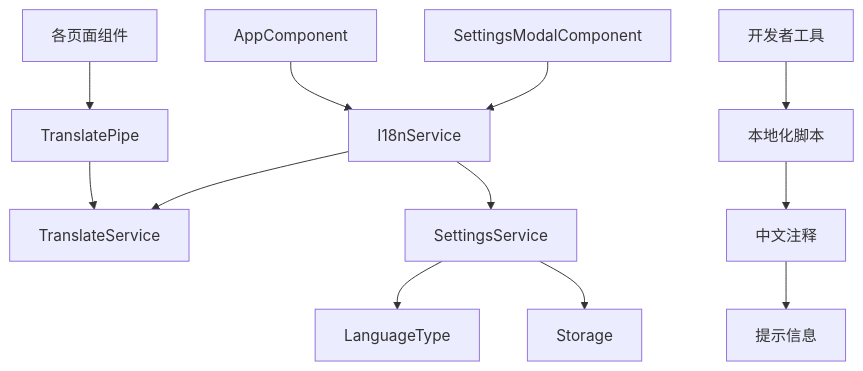
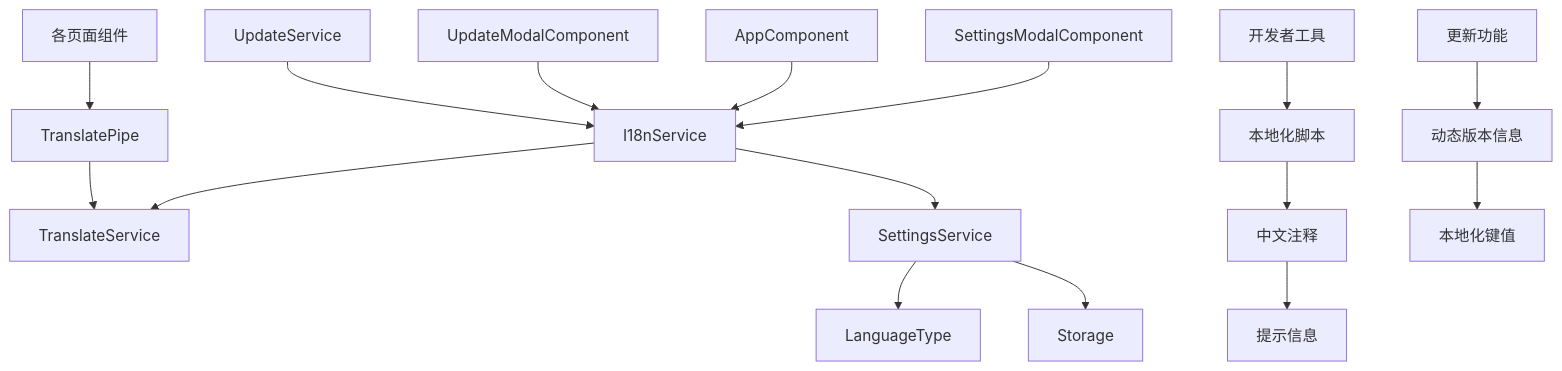
Before and after one commit to tea4go/Macro-Deck-Client-App: diagram 12 of 12 in .qoder/repowiki/zh/content/核心功能模块/国际化系统.md, drawn with Mermaid. The commit also changed other lines of this file and 37 other files, not shown here.

````diff
--- a/.qoder/repowiki/zh/content/核心功能模块/国际化系统.md
+++ b/.qoder/repowiki/zh/content/核心功能模块/国际化系统.md
@@ -411,14 +541,18 @@
 ```mermaid
 graph TD
 A[I18nService] --> B[TranslateService]
 A --> C[SettingsService]
 C --> D[LanguageType]
 C --> E[Storage]
 F[SettingsModalComponent] --> A
 G[AppComponent] --> A
-H[各页面组件] --> I[TranslatePipe]
-I --> B
-J[开发者工具] --> K[本地化脚本]
-K --> L[中文注释]
-L --> M[提示信息]
+H[UpdateModalComponent] --> A
+I[UpdateService] --> A
+J[各页面组件] --> K[TranslatePipe]
+K --> B
+L[开发者工具] --> M[本地化脚本]
+M --> N[中文注释]
+N --> O[提示信息]
+P[更新功能] --> Q[动态版本信息]
+Q --> R[本地化键值]
 ```
````
